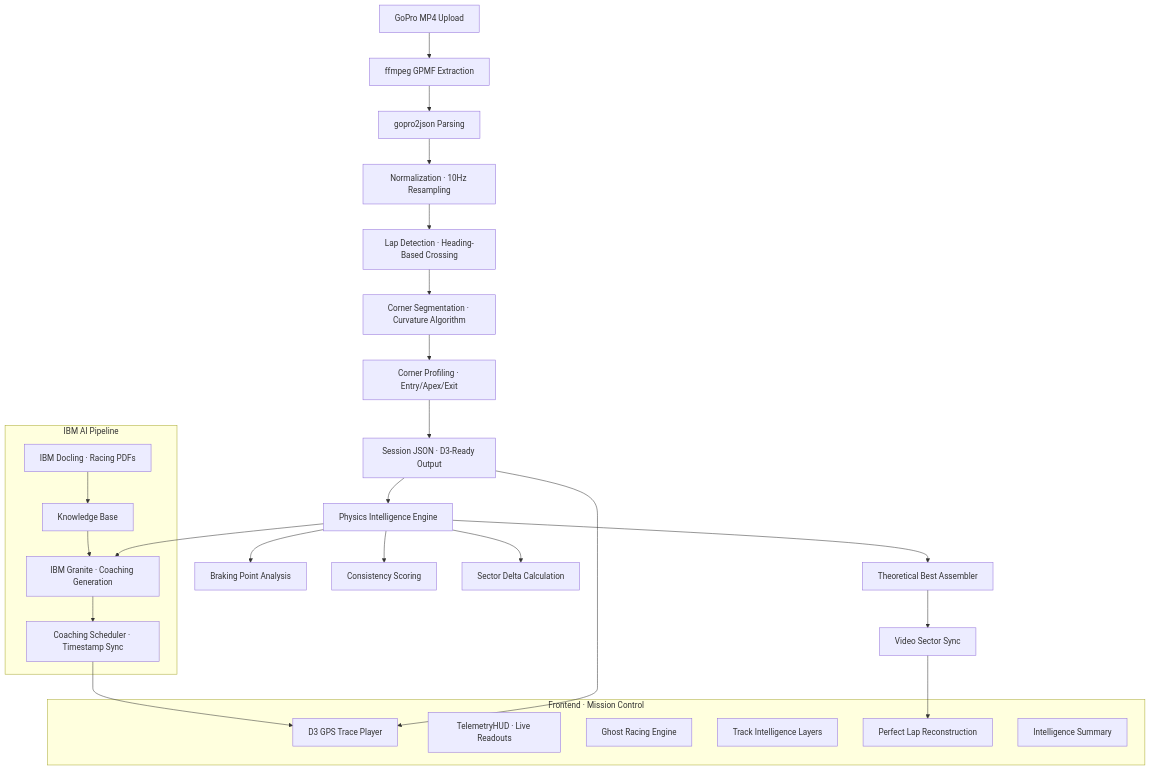
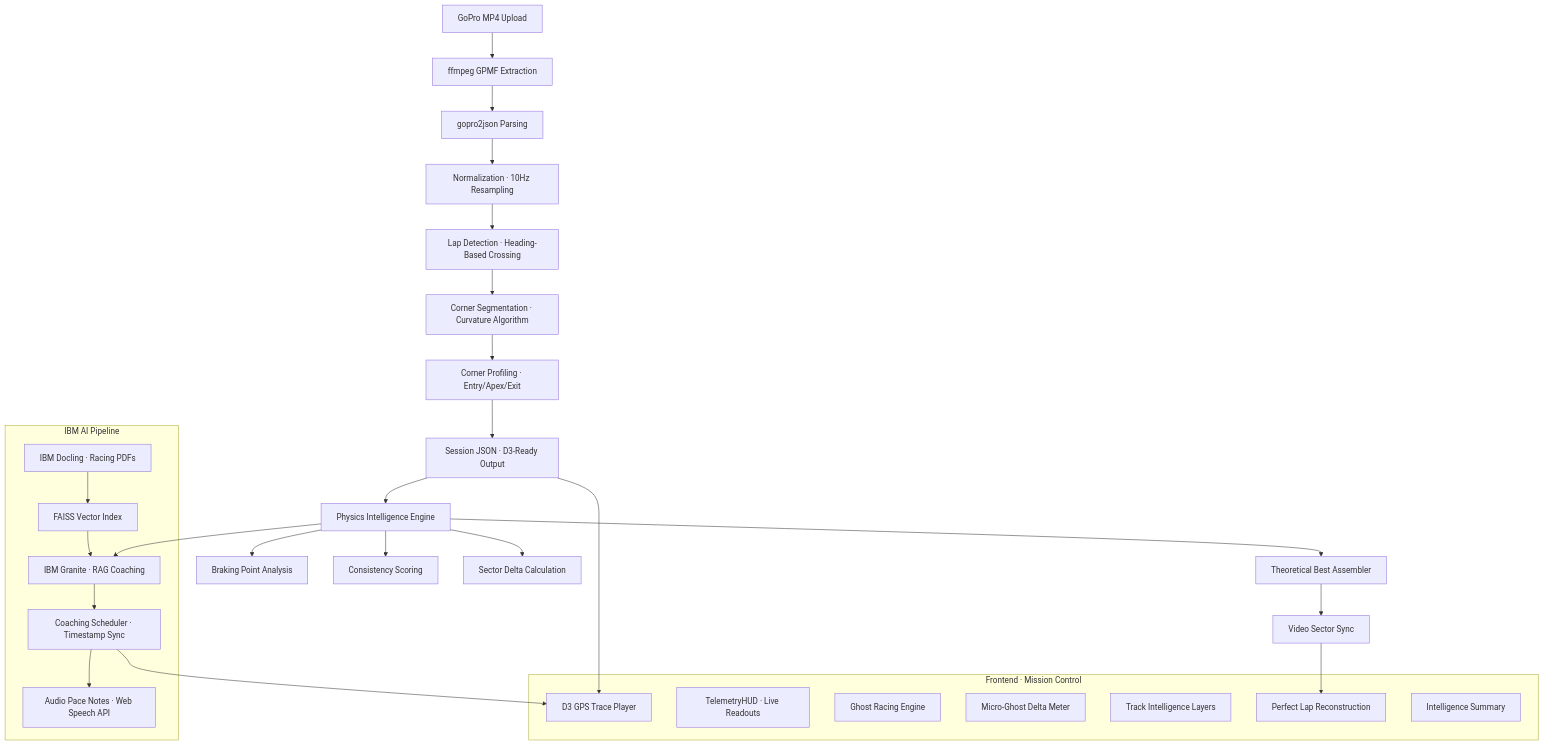
Before and after one commit to Labreo/PitWall: the diagram in README.md, drawn with Mermaid. The commit also changed other lines of this file, not shown here.

````diff
--- a/README.md
+++ b/README.md
@@ -237,38 +265,40 @@
 ```mermaid
 graph TD
     A[GoPro MP4 Upload] --> B[ffmpeg GPMF Extraction]
     B --> C[gopro2json Parsing]
     C --> D["Normalization · 10Hz Resampling"]
     D --> E["Lap Detection · Heading-Based Crossing"]
     E --> F["Corner Segmentation · Curvature Algorithm"]
     F --> G["Corner Profiling · Entry/Apex/Exit"]
     G --> H["Session JSON · D3-Ready Output"]
 
     H --> I[Physics Intelligence Engine]
     I --> J[Braking Point Analysis]
     I --> K[Consistency Scoring]
     I --> L[Sector Delta Calculation]
     I --> M[Theoretical Best Assembler]
 
     subgraph IBM_AI_Pipeline ["IBM AI Pipeline"]
-    N["IBM Docling · Racing PDFs"] --> O[Knowledge Base]
-    O --> P["IBM Granite · Coaching Generation"]
+    N["IBM Docling · Racing PDFs"] --> O["FAISS Vector Index"]
+    O --> P["IBM Granite · RAG Coaching"]
     P --> Q["Coaching Scheduler · Timestamp Sync"]
+    Q --> R["Audio Pace Notes · Web Speech API"]
     end
 
     I --> P
-    M --> R[Video Sector Sync]
+    M --> S[Video Sector Sync]
 
     subgraph Frontend_Mission_Control ["Frontend · Mission Control"]
-    S[D3 GPS Trace Player]
-    T["TelemetryHUD · Live Readouts"]
-    U[Ghost Racing Engine]
-    V[Track Intelligence Layers]
-    W[Perfect Lap Reconstruction]
-    X[Intelligence Summary]
+    T[D3 GPS Trace Player]
+    U["TelemetryHUD · Live Readouts"]
+    V["Ghost Racing Engine"]
+    W["Micro-Ghost Delta Meter"]
+    X[Track Intelligence Layers]
+    Y[Perfect Lap Reconstruction]
+    Z[Intelligence Summary]
     end
 
-    Q --> S
-    R --> W
-    H --> S
+    Q --> T
+    S --> Y
+    H --> T
 ```
````
